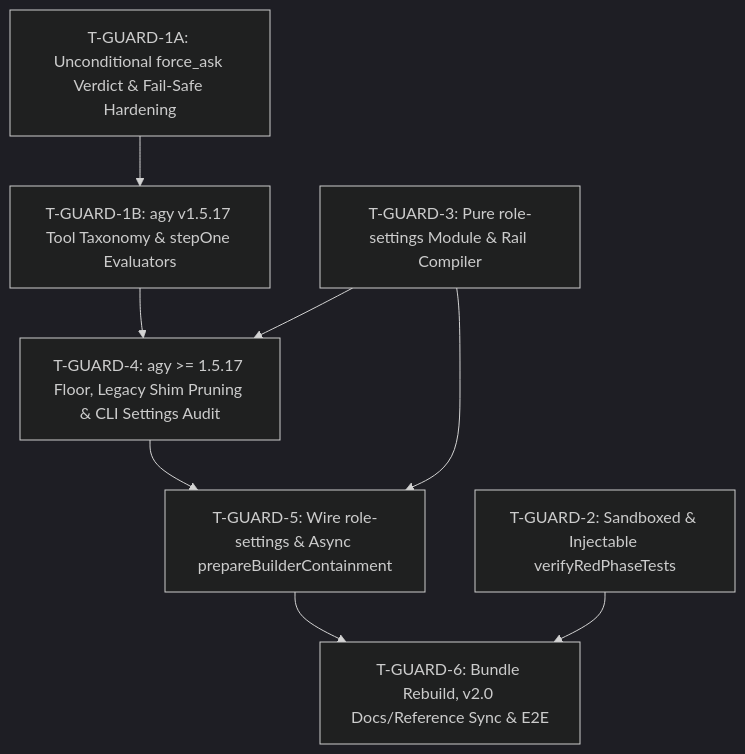
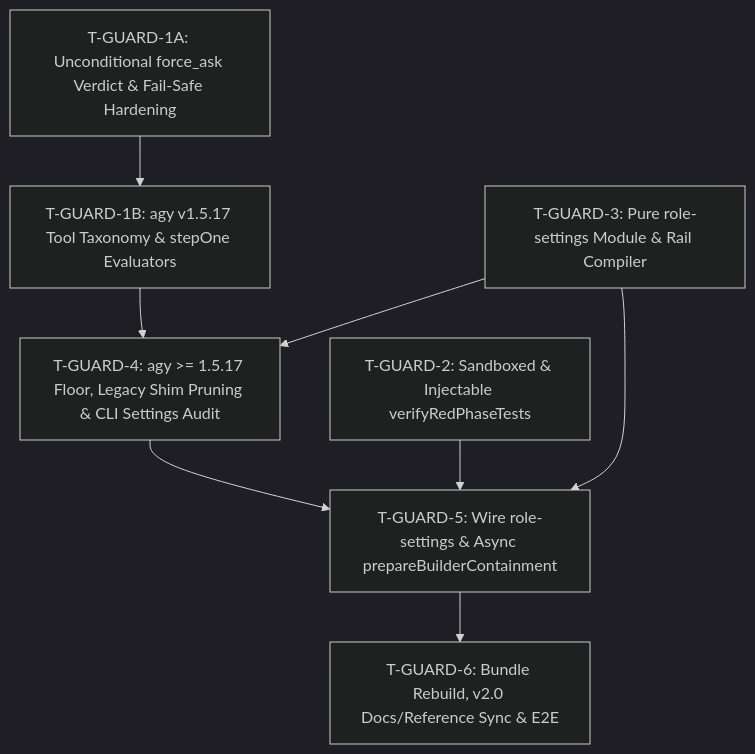
One commit to voodootikigod/antigravity-booster changed the diagram in specs/native-agy-guardrails-spec.md. Above: the diagram before and after it, drawn with Mermaid (dark theme). The commit also changed other lines of this file, not shown here.

````diff
--- a/specs/native-agy-guardrails-spec.md
+++ b/specs/native-agy-guardrails-spec.md
@@ -39,10 +39,10 @@
 ```mermaid
 graph TD
   T-GUARD-1A["T-GUARD-1A: Unconditional force_ask Verdict & Fail-Safe Hardening"] --> T-GUARD-1B["T-GUARD-1B: agy v1.5.17 Tool Taxonomy & stepOne Evaluators"]
   T-GUARD-1B --> T-GUARD-4["T-GUARD-4: agy >= 1.5.17 Floor, Legacy Shim Pruning & CLI Settings Audit"]
   T-GUARD-3["T-GUARD-3: Pure role-settings Module & Rail Compiler"] --> T-GUARD-4
   T-GUARD-3 --> T-GUARD-5["T-GUARD-5: Wire role-settings & Async prepareBuilderContainment"]
   T-GUARD-4 --> T-GUARD-5
-  T-GUARD-2["T-GUARD-2: Sandboxed & Injectable verifyRedPhaseTests"] --> T-GUARD-6["T-GUARD-6: Bundle Rebuild, v2.0 Docs/Reference Sync & E2E"]
-  T-GUARD-5 --> T-GUARD-6
+  T-GUARD-2["T-GUARD-2: Sandboxed & Injectable verifyRedPhaseTests"] --> T-GUARD-5
+  T-GUARD-5 --> T-GUARD-6["T-GUARD-6: Bundle Rebuild, v2.0 Docs/Reference Sync & E2E"]
 ```
````
